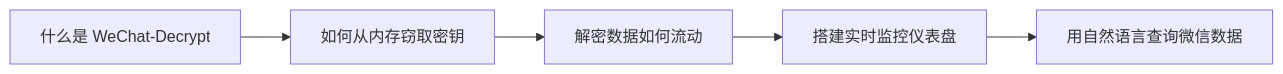
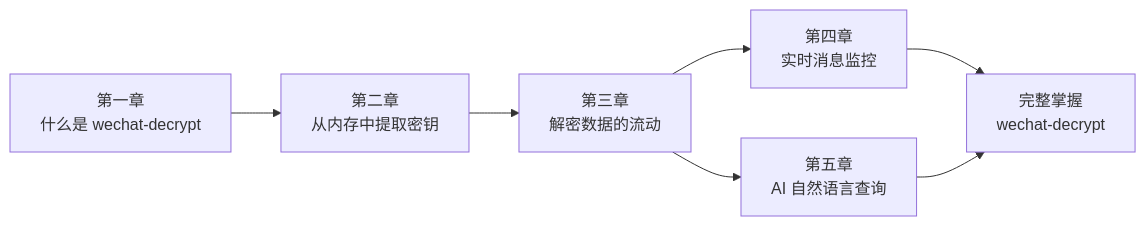
Before and after one commit to nerdneilsfield/code-wiki-pages: the diagram in public/wechat-decrypt/guide-beginners-guide.md, drawn with Mermaid. The commit also changed other lines of this file and 30 other files, not shown here.

Commit message:
moudle: updae wechat-decrypt

````diff
--- a/public/wechat-decrypt/guide-beginners-guide.md
+++ b/public/wechat-decrypt/guide-beginners-guide.md
@@ -7,7 +7,9 @@
 ```mermaid
 flowchart LR
-    A[什么是 WeChat-Decrypt] --> B[如何从内存窃取密钥]
-    B --> C[解密数据如何流动]
-    C --> D[搭建实时监控仪表盘]
-    D --> E[用自然语言查询微信数据]
+    A[第一章<br/>什么是 wechat-decrypt] --> B[第二章<br/>从内存中提取密钥]
+    B --> C[第三章<br/>解密数据的流动]
+    C --> D[第四章<br/>实时消息监控]
+    C --> E[第五章<br/>AI 自然语言查询]
+    D --> F[完整掌握<br/>wechat-decrypt]
+    E --> F
 ```
````
